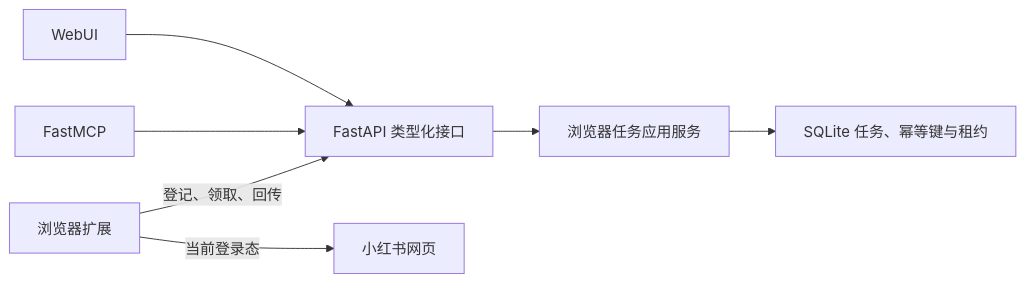
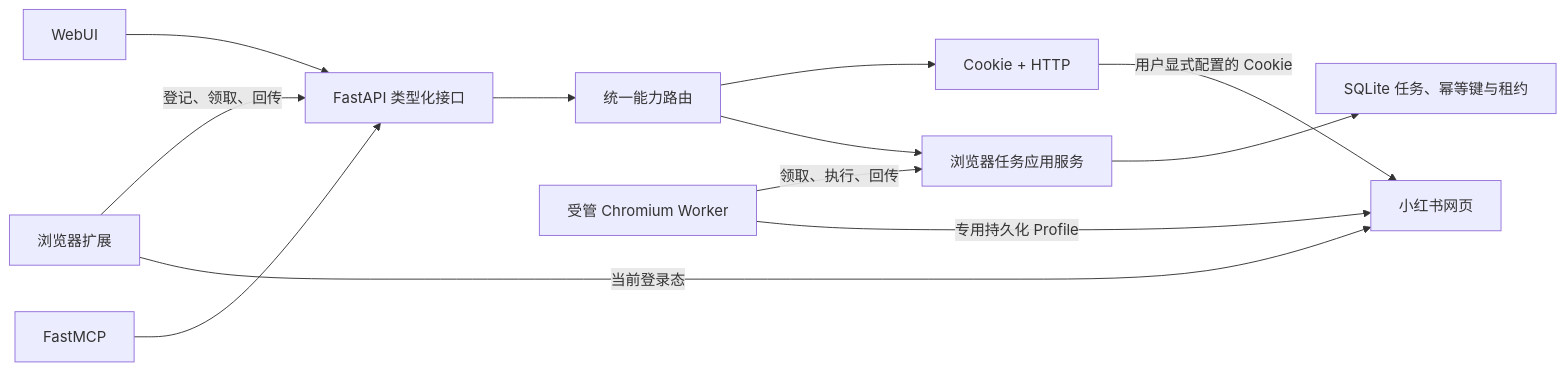
The diagram in docs/browser-capability-migration.md (Andy-SoulShell/xhs-downloader), drawn with Mermaid before and after one commit. The commit also changed other lines of this file and 4 other files, not shown here.

````diff
--- a/docs/browser-capability-migration.md
+++ b/docs/browser-capability-migration.md
@@ -19,9 +22,14 @@
 ```mermaid
 flowchart LR
   UI["WebUI"] --> API["FastAPI 类型化接口"]
   MCP["FastMCP"] --> API
-  API --> CORE["浏览器任务应用服务"]
+  API --> ROUTER["统一能力路由"]
+  ROUTER --> HTTP["Cookie + HTTP"]
+  ROUTER --> CORE["浏览器任务应用服务"]
   CORE --> DB["SQLite 任务、幂等键与租约"]
   EXT["浏览器扩展"] -->|"登记、领取、回传"| API
+  MANAGED["受管 Chromium Worker"] -->|"领取、执行、回传"| CORE
   EXT -->|"当前登录态"| XHS["小红书网页"]
+  MANAGED -->|"专用持久化 Profile"| XHS
+  HTTP -->|"用户显式配置的 Cookie"| XHS
 ```
````
